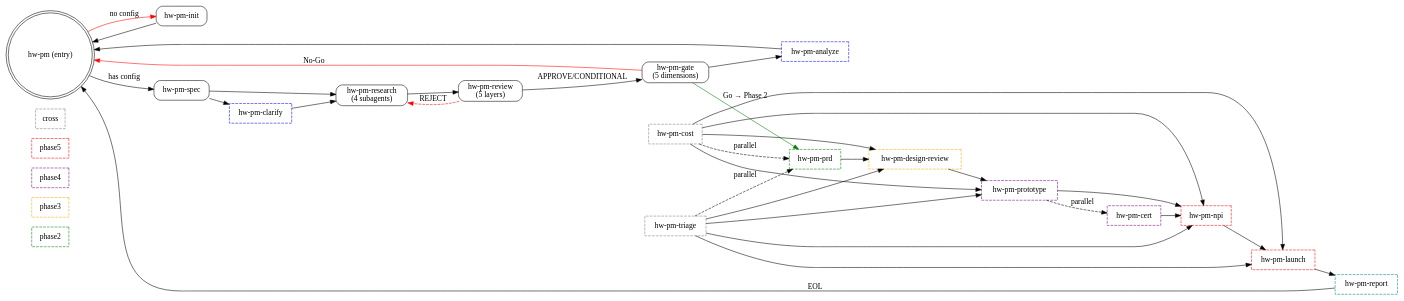
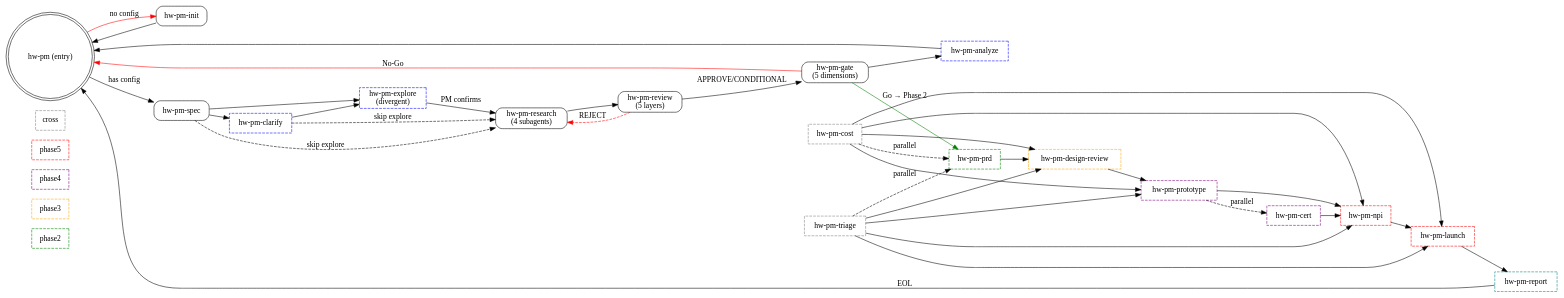
One commit to visioner3d/hw-pm-skills changed the diagram in README.md. Above: the diagram before and after it, drawn with Graphviz. The commit also changed other lines of this file and 3 other files, not shown here.

First line of the commit message:
feat: add hw-pm-explore — divergent thinking before convergent research

````diff
--- a/README.md
+++ b/README.md
@@ -47,62 +48,66 @@
 ```dot
 digraph workflow {
     rankdir=LR;
     node [shape=box, style=rounded];
     phase2 [style=dashed, color=green];
     phase3 [style=dashed, color=orange];
     phase4 [style=dashed, color=purple];
     phase5 [style=dashed, color=red];
     cross [style=dashed, color=gray];
 
     entry [label="hw-pm (entry)", shape=doublecircle];
     init [label="hw-pm-init"];
     spec [label="hw-pm-spec"];
     clarify [label="hw-pm-clarify", style=dashed, color=blue];
+    explore [label="hw-pm-explore\n(divergent)", style=dashed, color=blue];
     research [label="hw-pm-research\n(4 subagents)"];
     review [label="hw-pm-review\n(5 layers)"];
     gate [label="hw-pm-gate\n(5 dimensions)"];
     analyze [label="hw-pm-analyze", style=dashed, color=blue];
 
     prd [label="hw-pm-prd", style=dashed, color=green];
     design [label="hw-pm-design-review", style=dashed, color=orange];
     proto [label="hw-pm-prototype", style=dashed, color=purple];
     cert [label="hw-pm-cert", style=dashed, color=purple];
     npi [label="hw-pm-npi", style=dashed, color=red];
     launch [label="hw-pm-launch", style=dashed, color=red];
     cost [label="hw-pm-cost", style=dashed, color=gray];
     triage [label="hw-pm-triage", style=dashed, color=gray];
     report [label="hw-pm-report", style=dashed, color=teal];
 
     entry -> init [label="no config", color=red];
     entry -> spec [label="has config"];
     init -> entry;
     spec -> clarify;
-    clarify -> research;
-    spec -> research;
+    clarify -> explore;
+    spec -> explore;
+    explore -> research [label="PM confirms"];
+    spec -> research [label="skip explore", style=dashed];
+    clarify -> research [label="skip explore", style=dashed];
     research -> review;
     review -> research [label="REJECT", color=red, style=dashed];
     review -> gate [label="APPROVE/CONDITIONAL"];
     gate -> analyze;
     gate -> entry [label="No-Go", color=red];
     gate -> prd [label="Go → Phase 2", color=green];
     analyze -> entry;
     prd -> design;
     design -> proto;
     proto -> npi;
     npi -> launch;
     launch -> report;
     report -> entry [label="EOL"];
     proto -> cert [style=dashed, label="parallel"];
     cert -> npi;
     cost -> prd [style=dashed, label="parallel"];
     cost -> design;
     cost -> proto;
     cost -> npi;
     cost -> launch;
     triage -> prd [style=dashed, label="parallel"];
     triage -> design;
     triage -> proto;
     triage -> npi;
     triage -> launch;
 }
 ```
````
